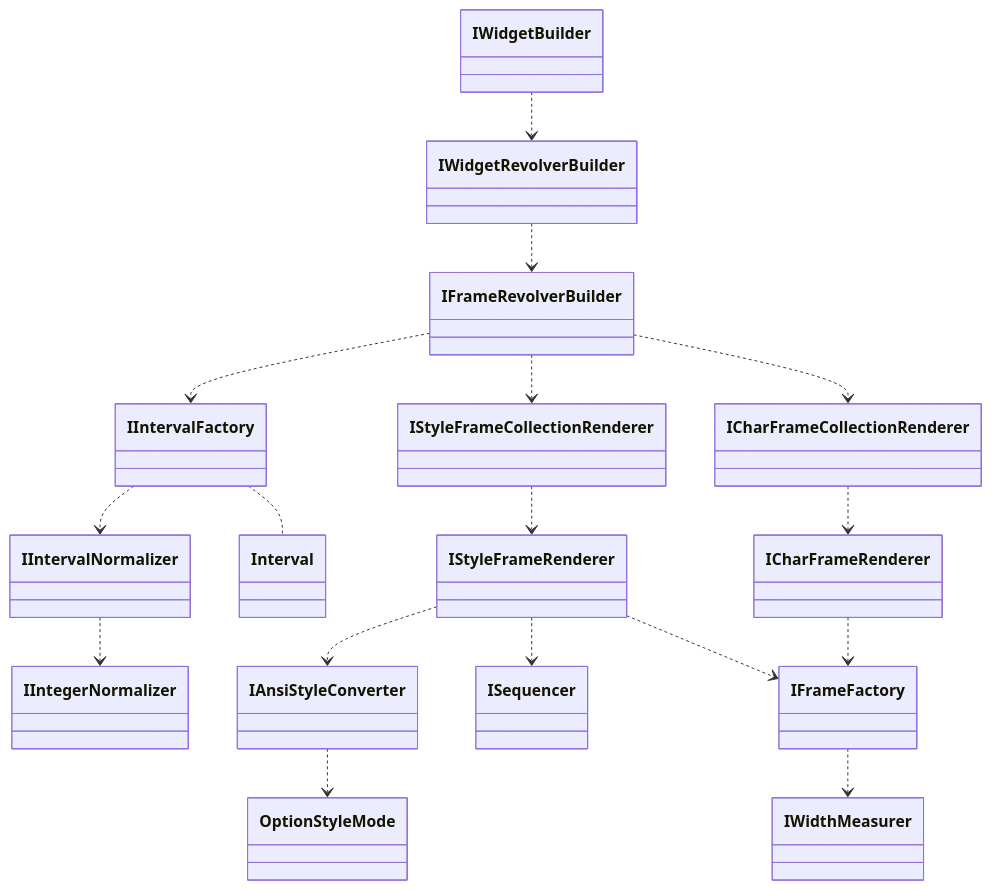
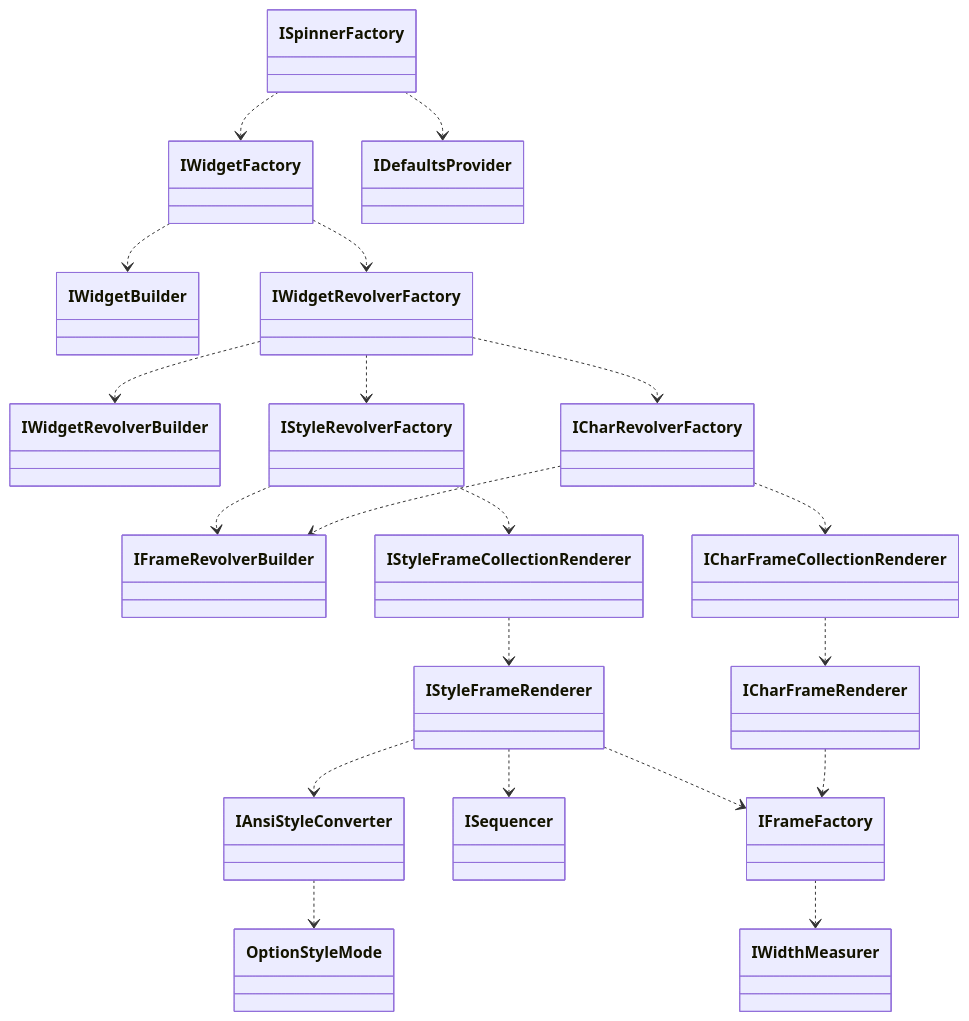
One commit to alecrabbit/php-console-spinner changed the second of 2 diagrams in doc/info/chart/services.md. Above: the diagram before and after it, drawn with Mermaid. The commit also changed other lines of this file and 22 other files, not shown here.

````diff
--- a/doc/info/chart/services.md
+++ b/doc/info/chart/services.md
@@ -64,32 +71,35 @@
 ```mermaid
 classDiagram
     direction TB
-    IWidgetBuilder ..> IWidgetRevolverBuilder
+    ISpinnerFactory ..> IWidgetFactory
+    ISpinnerFactory ..> IDefaultsProvider
 
-    IWidgetRevolverBuilder ..> IFrameRevolverBuilder
+    IWidgetFactory ..> IWidgetBuilder
+    IWidgetFactory ..> IWidgetRevolverFactory
 
-    IFrameRevolverBuilder ..> IStyleFrameCollectionRenderer
-    IFrameRevolverBuilder ..> ICharFrameCollectionRenderer
-    IFrameRevolverBuilder ..> IIntervalFactory
+    IWidgetRevolverFactory ..> IWidgetRevolverBuilder
+    IWidgetRevolverFactory ..> IStyleRevolverFactory
+    IWidgetRevolverFactory ..> ICharRevolverFactory
 
-    IIntervalFactory ..> IIntervalNormalizer
-    IIntervalFactory .. Interval
+    IStyleRevolverFactory ..> IFrameRevolverBuilder
+    IStyleRevolverFactory ..> IStyleFrameCollectionRenderer
 
-    IIntervalNormalizer ..> IIntegerNormalizer
+    ICharRevolverFactory ..> IFrameRevolverBuilder
+    ICharRevolverFactory ..> ICharFrameCollectionRenderer
 
     IStyleFrameCollectionRenderer ..> IStyleFrameRenderer
 
     ICharFrameCollectionRenderer ..> ICharFrameRenderer
 
     IStyleFrameRenderer ..> IAnsiStyleConverter
     IStyleFrameRenderer ..> ISequencer
     IStyleFrameRenderer ..> IFrameFactory
-    
+
     ICharFrameRenderer ..> IFrameFactory
 
     IAnsiStyleConverter ..> OptionStyleMode
 
     IFrameFactory ..> IWidthMeasurer
 
 
 ```
````
